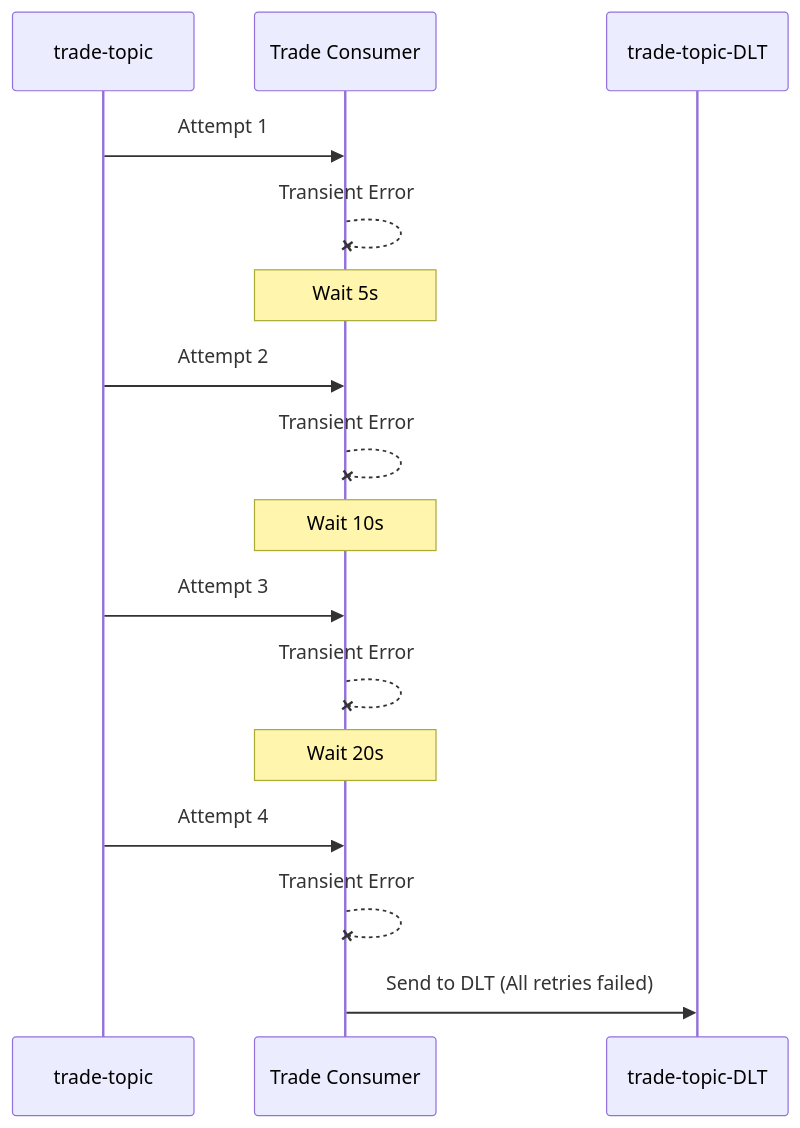
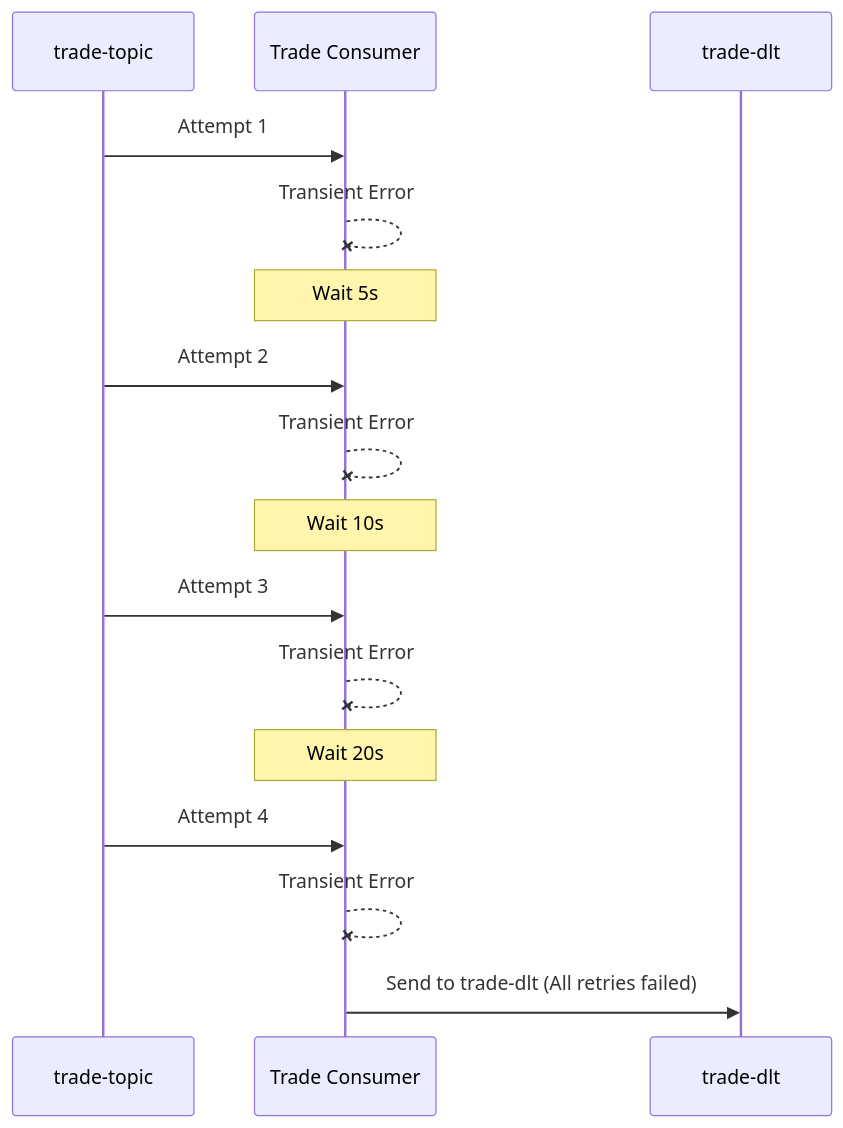
One commit to vanessarodriguesatwork/Trade-Enrichment-System changed the third of 4 diagrams in README.md. Above: the diagram before and after it, drawn with Mermaid. The commit also changed other lines of this file, not shown here.

````diff
--- a/README.md
+++ b/README.md
@@ -116,19 +116,19 @@
 ```mermaid
 sequenceDiagram
     participant KT as trade-topic
     participant TS as Trade Consumer
-    participant DLT as trade-topic-DLT
+    participant DLT as trade-dlt
 
     KT->>TS: Attempt 1
     TS--xTS: Transient Error
     Note over TS: Wait 5s
     KT->>TS: Attempt 2
     TS--xTS: Transient Error
     Note over TS: Wait 10s
     KT->>TS: Attempt 3
     TS--xTS: Transient Error
     Note over TS: Wait 20s
     KT->>TS: Attempt 4
     TS--xTS: Transient Error
-    TS->>DLT: Send to DLT (All retries failed)
+    TS->>DLT: Send to trade-dlt (All retries failed)
 ```
````
